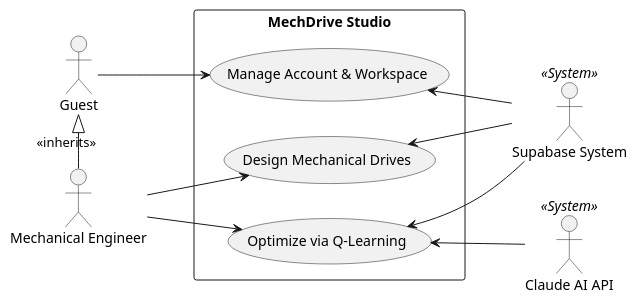
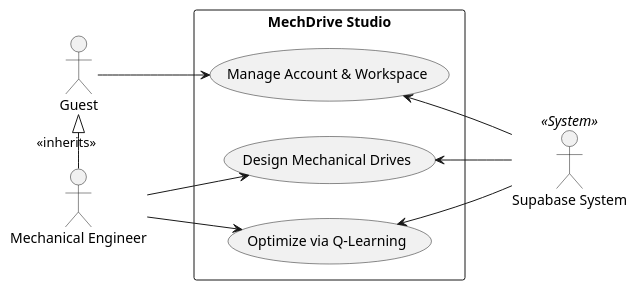
One commit to dvydinh/mechdrive changed the diagram in docs/uml/uc_high_level.puml. Above: the diagram before and after it, drawn with PlantUML. The commit also changed 2 other files, not shown here.

Commit message:
xoa chu claude

```diff
--- a/docs/uml/uc_high_level.puml
+++ b/docs/uml/uc_high_level.puml
@@ -1,27 +1,25 @@
 @startuml
 left to right direction
 skinparam packageStyle rectangle
 
 actor "Guest" as guest
 actor "Mechanical Engineer" as eng
 actor "Supabase System" as supa << System >>
-actor "Claude AI API" as claude << System >>
 
 package "MechDrive Studio" {
   usecase "Manage Account & Workspace" as UC1
   usecase "Design Mechanical Drives" as UC2
   usecase "Optimize via Q-Learning" as UC3
 }
 
 guest <|- eng : <<inherits>>
 
 guest --> UC1
 eng --> UC2
 eng --> UC3
 
 UC1 <-- supa
 UC2 <-- supa
 UC3 <-- supa
-UC3 <-- claude
 
 @enduml
```
